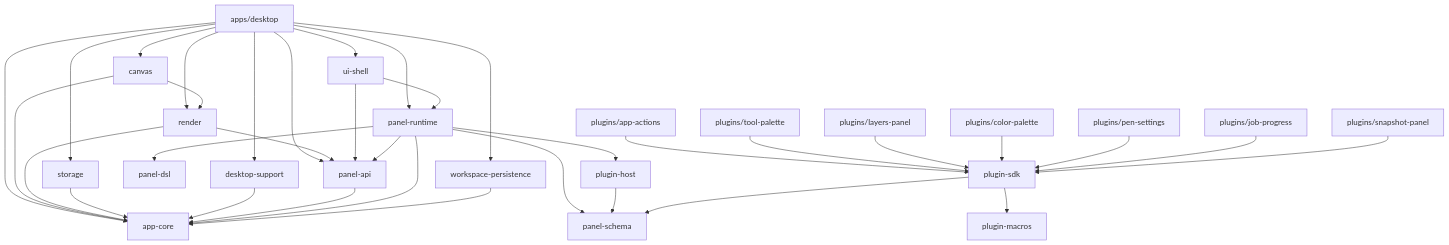
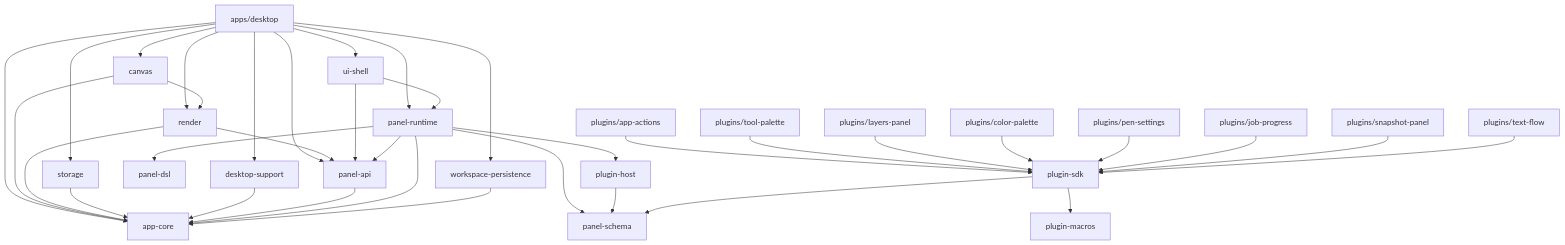
Before and after one commit to gitdmnt/altpaint: the first of 2 diagrams in docs/MODULE_DEPENDENCIES.md, drawn with Mermaid. The commit also changed other lines of this file and 43 other files, not shown here.

````diff
--- a/docs/MODULE_DEPENDENCIES.md
+++ b/docs/MODULE_DEPENDENCIES.md
@@ -72,43 +73,44 @@
 ```mermaid
 graph TD
     desktop[apps/desktop] --> appcore[app-core]
   desktop --> canvas[canvas]
     desktop --> render[render]
     desktop --> panelruntime[panel-runtime]
     desktop --> uishell[ui-shell]
     desktop --> panelapi[panel-api]
     desktop --> storage[storage]
     desktop --> dsupport[desktop-support]
     desktop --> wpersist[workspace-persistence]
 
   canvas --> appcore
   canvas --> render
     render --> appcore
     render --> panelapi
     storage --> appcore
     dsupport --> appcore
     panelapi --> appcore
 
     uishell --> panelapi
     uishell --> panelruntime
 
     panelruntime --> appcore
     panelruntime --> panelapi
     panelruntime --> pds[panel-dsl]
     panelruntime --> pschema[panel-schema]
     panelruntime --> phost[plugin-host]
 
     wpersist[workspace-persistence] --> appcore
 
     phost --> pschema
     pluginsdk[plugin-sdk] --> pmacros[plugin-macros]
     pluginsdk --> pschema
 
     appactions[plugins/app-actions] --> pluginsdk
     toolpalette[plugins/tool-palette] --> pluginsdk
     layerspanel[plugins/layers-panel] --> pluginsdk
     colorpalette[plugins/color-palette] --> pluginsdk
     pensettings[plugins/pen-settings] --> pluginsdk
     jobprogress[plugins/job-progress] --> pluginsdk
     snapshotpanel[plugins/snapshot-panel] --> pluginsdk
+    textflow[plugins/text-flow] --> pluginsdk
 ```
````
